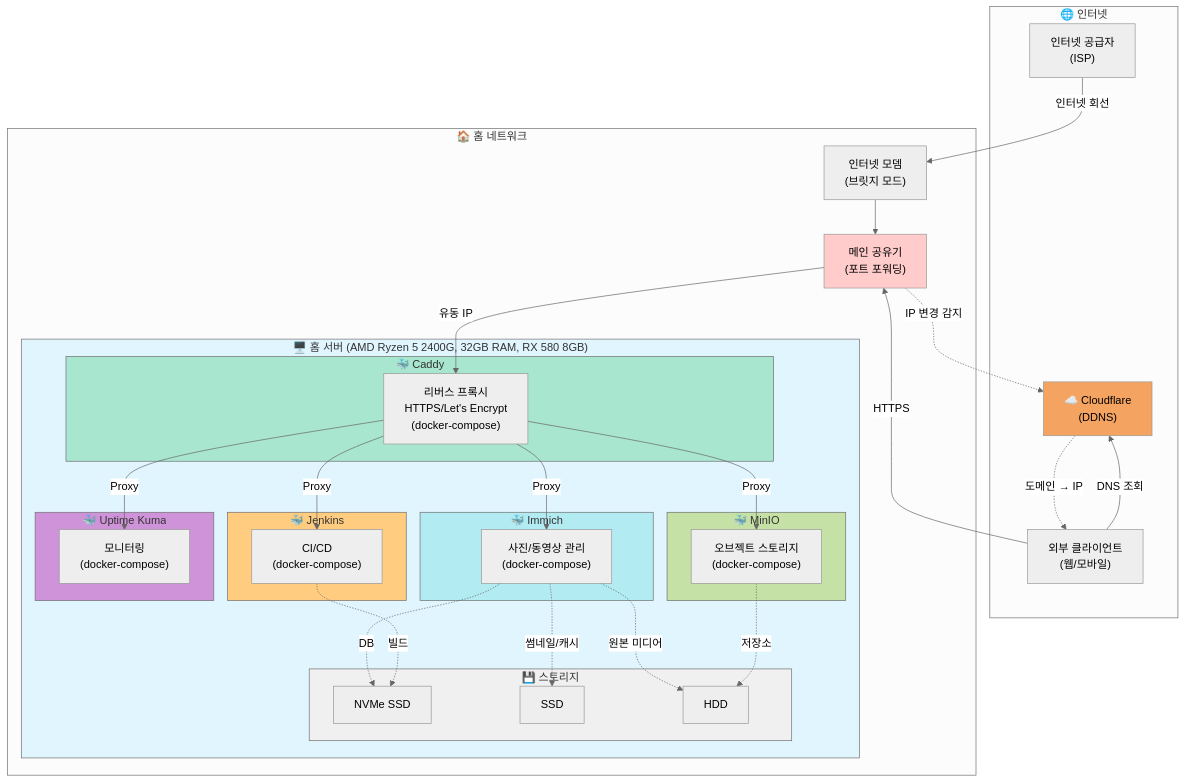
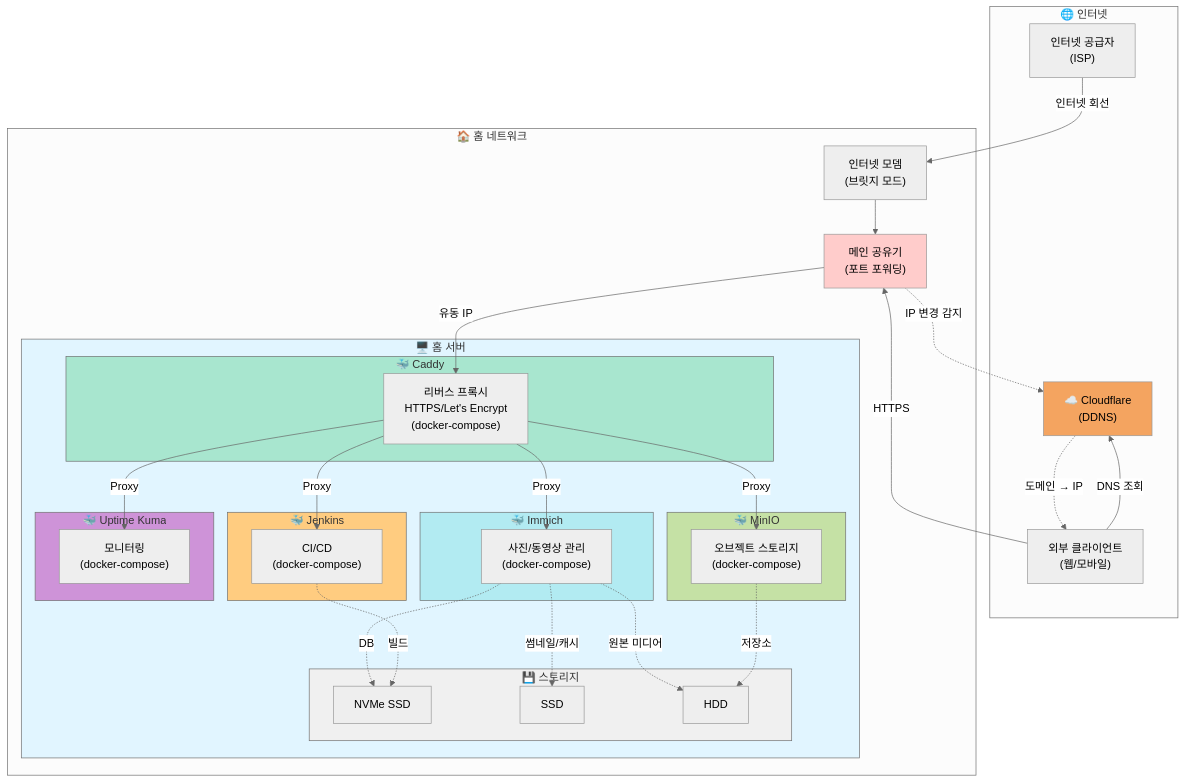
One commit to shaul1991/shaul1991 changed the diagram in home-server/README.md. Above: the diagram before and after it, drawn with Mermaid (neutral theme). The commit also changed other lines of this file, not shown here.

Commit message:
Remove hardware specifications from home server documentation (#4)

````diff
--- a/home-server/README.md
+++ b/home-server/README.md
@@ -13,71 +13,71 @@
 ```mermaid
 graph TB
     subgraph Internet["🌐 인터넷"]
         ISP["인터넷 공급자<br/>(ISP)"]
         Client["외부 클라이언트<br/>(웹/모바일)"]
         Cloudflare["☁️ Cloudflare<br/>(DDNS)"]
     end
 
     subgraph HomeNetwork["🏠 홈 네트워크"]
         Modem["인터넷 모뎀<br/>(브릿지 모드)"]
         Router["메인 공유기<br/>(포트 포워딩)"]
 
-        subgraph Server["🖥️ 홈 서버 (AMD Ryzen 5 2400G, 32GB RAM, RX 580 8GB)"]
+        subgraph Server["🖥️ 홈 서버"]
             subgraph CaddyService["🐳 Caddy"]
                 Caddy["리버스 프록시<br/>HTTPS/Let's Encrypt<br/>(docker-compose)"]
             end
 
             subgraph ImmichService["🐳 Immich"]
                 Immich["사진/동영상 관리<br/>(docker-compose)"]
             end
 
             subgraph MinIOService["🐳 MinIO"]
                 MinIO["오브젝트 스토리지<br/>(docker-compose)"]
             end
 
             subgraph JenkinsService["🐳 Jenkins"]
                 Jenkins["CI/CD<br/>(docker-compose)"]
             end
 
             subgraph KumaService["🐳 Uptime Kuma"]
                 Kuma["모니터링<br/>(docker-compose)"]
             end
 
             subgraph Storage["💾 스토리지"]
                 NVMe["NVMe SSD"]
                 SSD["SSD"]
                 HDD["HDD"]
             end
         end
     end
 
     ISP -->|인터넷 회선| Modem
     Modem --> Router
     Router -->|유동 IP| Caddy
     Router -.->|IP 변경 감지| Cloudflare
 
     Client -->|DNS 조회| Cloudflare
     Cloudflare -.->|도메인 → IP| Client
     Client -->|HTTPS| Router
 
     Caddy -->|Proxy| Immich
     Caddy -->|Proxy| MinIO
     Caddy -->|Proxy| Jenkins
     Caddy -->|Proxy| Kuma
 
     Immich -.->|DB| NVMe
     Immich -.->|썸네일/캐시| SSD
     Immich -.->|원본 미디어| HDD
     MinIO -.->|저장소| HDD
     Jenkins -.->|빌드| NVMe
 
     style Server fill:#e1f5ff
     style CaddyService fill:#a8e6cf
     style ImmichService fill:#b2ebf2
     style MinIOService fill:#c5e1a5
     style JenkinsService fill:#ffcc80
     style KumaService fill:#ce93d8
     style Storage fill:#f0f0f0
     style Cloudflare fill:#f4a460
     style Router fill:#ffcccb
 ```
````
